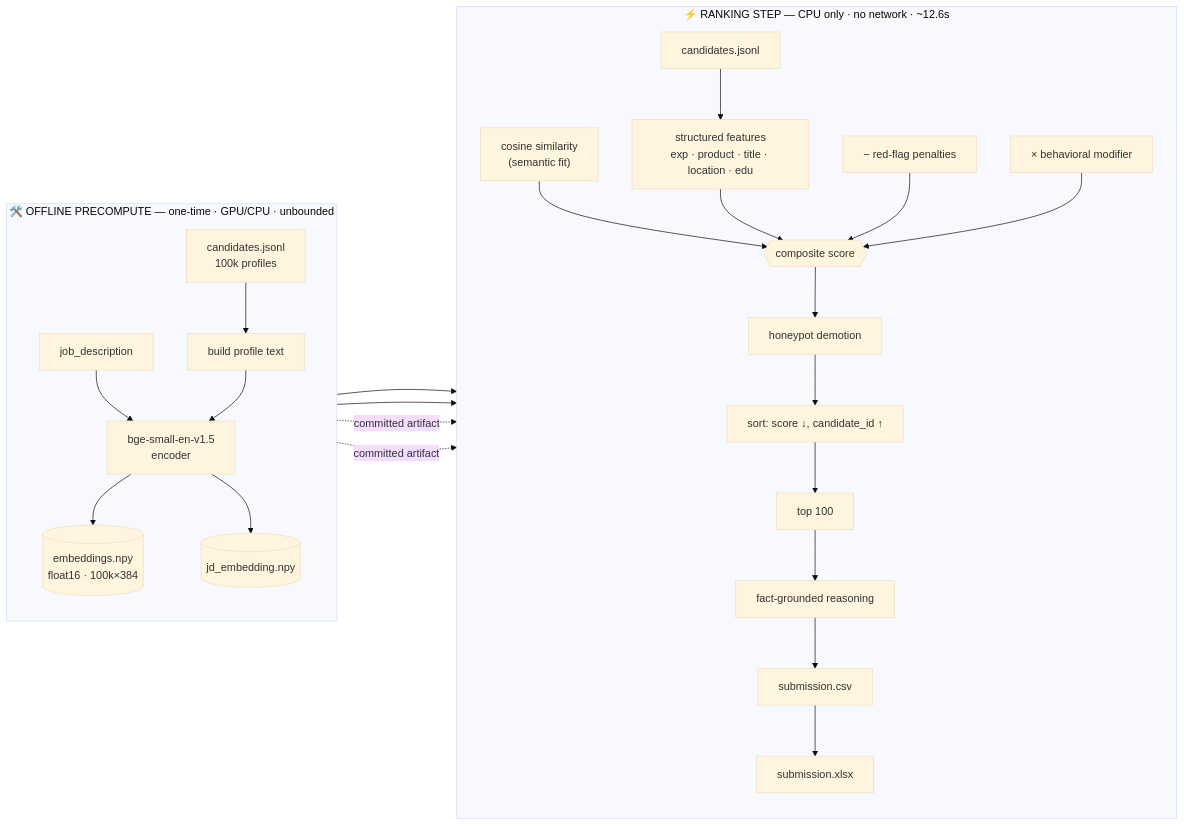
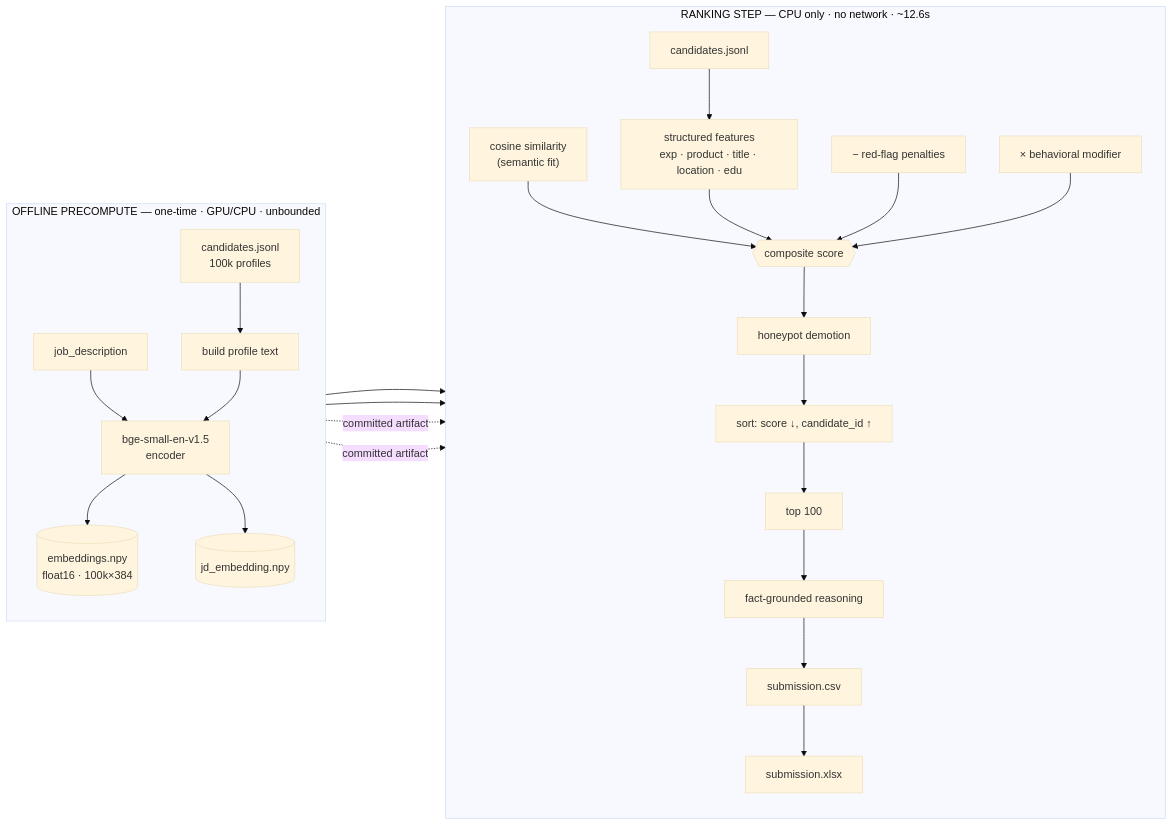
Before and after one commit to Rex123-hash/Intelligent-Candidate-Ranker-: the first of 2 diagrams in README.md, drawn with Mermaid (base theme). The commit also changed other lines of this file and 16 other files, not shown here.

````diff
--- a/README.md
+++ b/README.md
@@ -56,31 +58,31 @@
 ```mermaid
 flowchart LR
-    subgraph OFF["🛠️  OFFLINE PRECOMPUTE — one-time · GPU/CPU · unbounded"]
+    subgraph OFF["OFFLINE PRECOMPUTE — one-time · GPU/CPU · unbounded"]
         direction TB
         A["candidates.jsonl<br/>100k profiles"] --> B["build profile text"]
         JD["job_description"] --> E
         B --> E["bge-small-en-v1.5<br/>encoder"]
         E --> F[("embeddings.npy<br/>float16 · 100k×384")]
         E --> G[("jd_embedding.npy")]
     end
 
-    subgraph RUN["⚡  RANKING STEP — CPU only · no network · ~12.6s"]
+    subgraph RUN["RANKING STEP — CPU only · no network · ~12.6s"]
         direction TB
         C2["candidates.jsonl"] --> FEAT
         F --> SEM["cosine similarity<br/>(semantic fit)"]
         G --> SEM
         SEM --> SCORE{{"composite score"}}
         FEAT["structured features<br/>exp · product · title · location · edu"] --> SCORE
         PEN["− red-flag penalties"] --> SCORE
         BEH["× behavioral modifier"] --> SCORE
         SCORE --> HP["honeypot demotion"]
         HP --> SORT["sort: score ↓, candidate_id ↑"]
         SORT --> TOP["top 100"]
         TOP --> REA["fact-grounded reasoning"]
         REA --> CSV["submission.csv"]
         CSV --> XLS["submission.xlsx"]
     end
 
     F -.committed artifact.-> RUN
     G -.committed artifact.-> RUN
 ```
````
